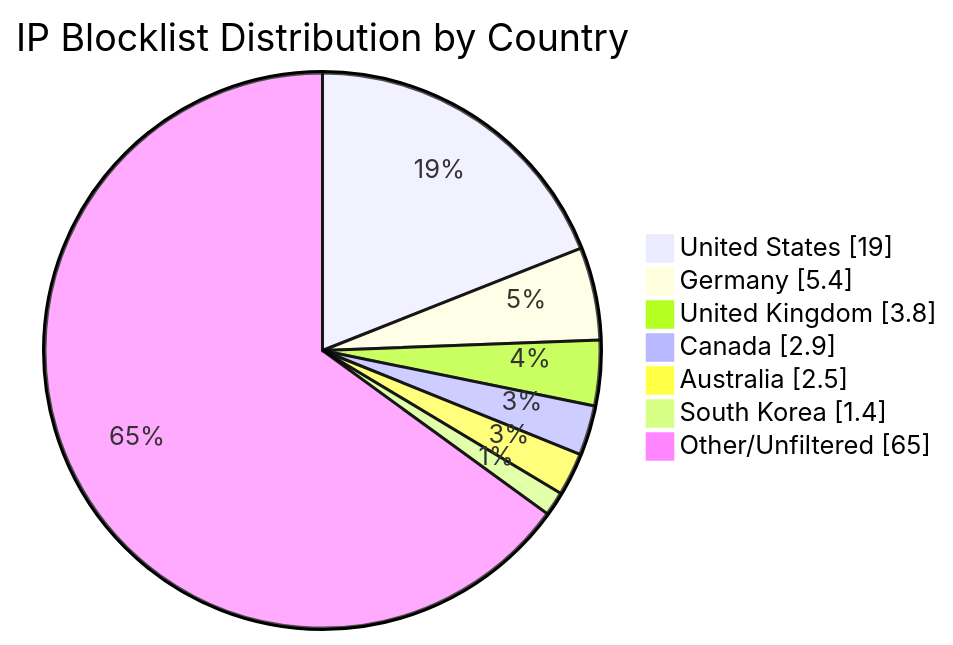
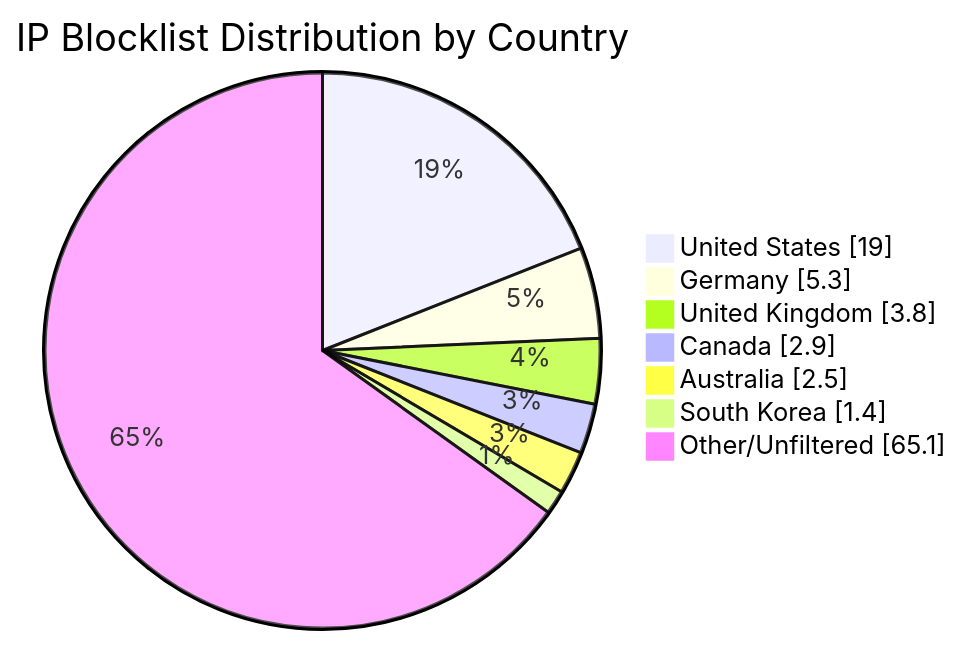
Before and after one commit to MarcusHoltz/ipblocklist-geofiltered-aggregator: the diagram in README.md, drawn with Mermaid. The commit also changed other lines of this file and 9 other files, not shown here.

````diff
--- a/README.md
+++ b/README.md
@@ -34,10 +34,10 @@
 ```mermaid
 pie showData title IP Blocklist Distribution by Country
 "United States" : 19.0
-"Germany" : 5.4
+"Germany" : 5.3
 "United Kingdom" : 3.8
 "Canada" : 2.9
 "Australia" : 2.5
 "South Korea" : 1.4
-"Other/Unfiltered" : 65.0
+"Other/Unfiltered" : 65.1
 ```
````
